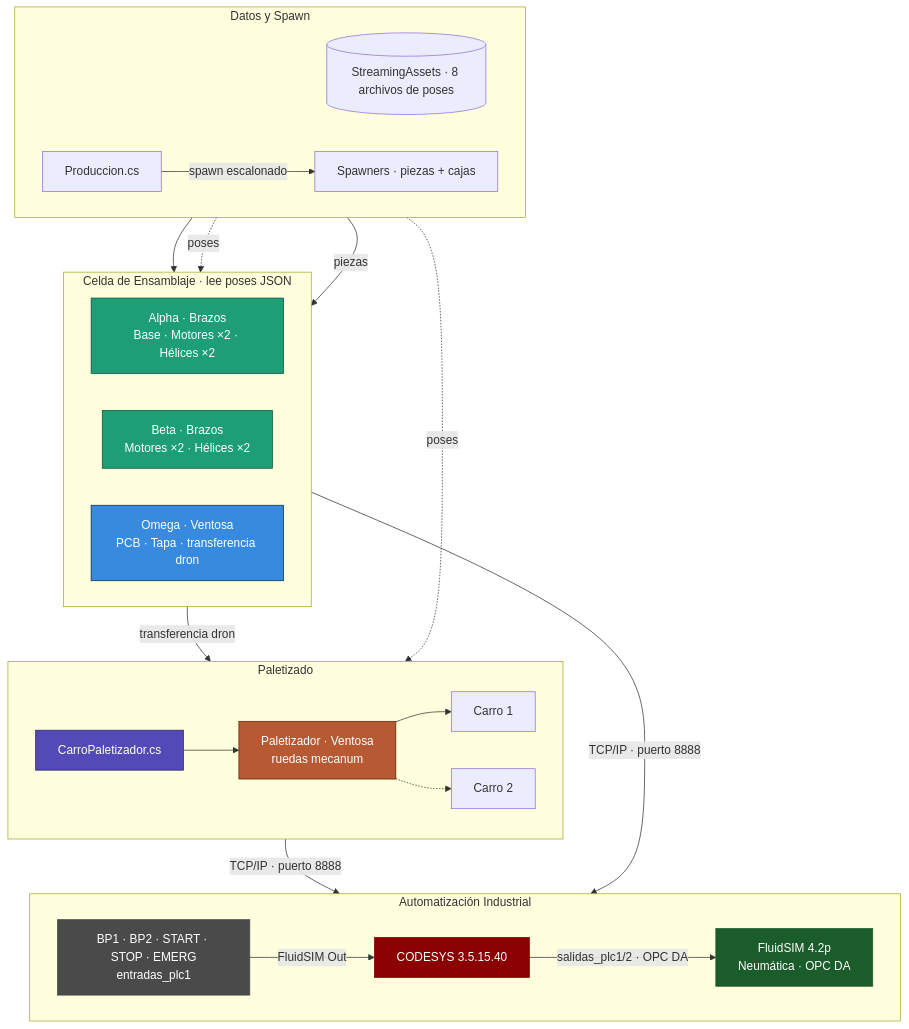
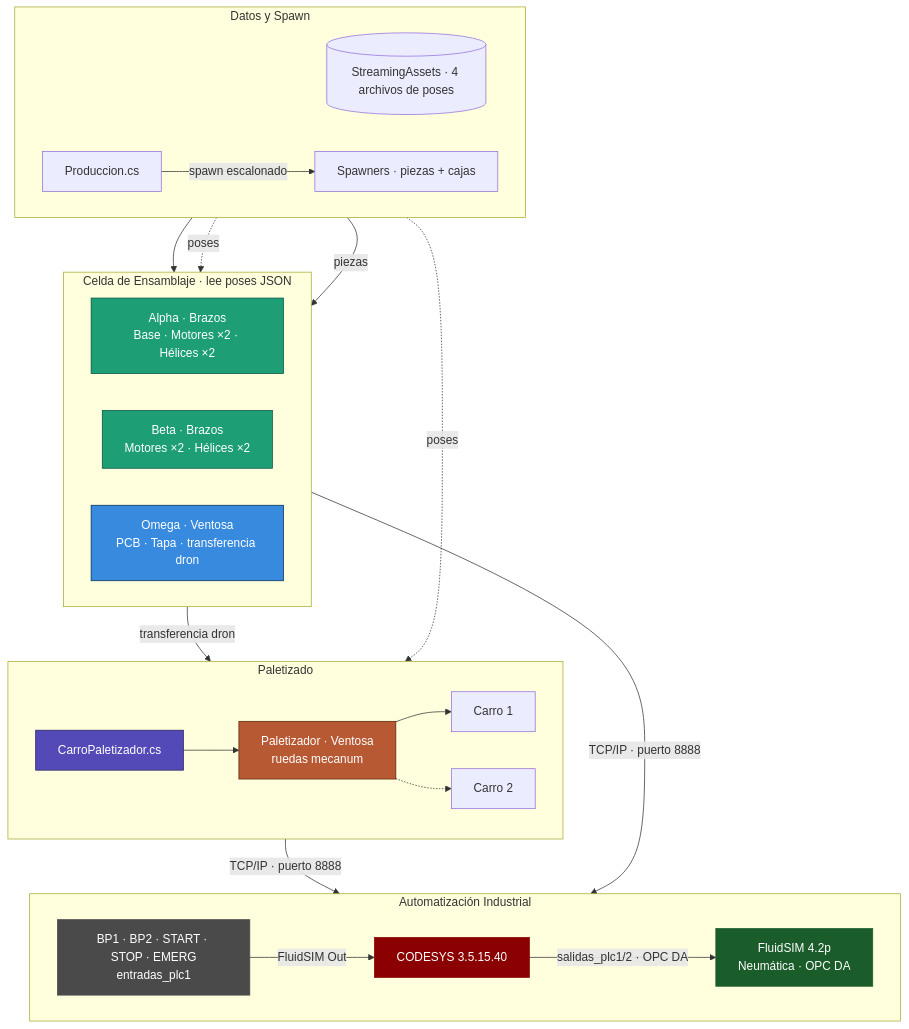
One commit to jorgefajardom-coder/drone-packaging-simulation-unity changed diagram 12 of 16 in README.md. Above: the diagram before and after it, drawn with Mermaid. The commit also changed other lines of this file, not shown here.

````diff
--- a/README.md
+++ b/README.md
@@ -1921,50 +1929,50 @@
 ```mermaid
 graph TB
     subgraph DATA["Datos y Spawn"]
         direction LR
-        JF[(StreamingAssets · 8 archivos de poses)]
+        JF[(StreamingAssets · 4 archivos de poses)]
         SP["Spawners · piezas + cajas"]
         P["Produccion.cs"] -->|spawn escalonado| SP
     end
 
     subgraph CELL["Celda de Ensamblaje  ·  lee poses JSON"]
         direction LR
         B1["Alpha · Brazos\nBase · Motores ×2 · Hélices ×2"]
         B2["Beta · Brazos\nMotores ×2 · Hélices ×2"]
         B3["Omega · Ventosa\nPCB · Tapa · transferencia dron"]
     end
 
     subgraph PAL["Paletizado"]
         direction LR
         CARRO["CarroPaletizador.cs"]
         B4["Paletizador · Ventosa\nruedas mecanum"]
         CARRO --> B4
         B4 --> C1["Carro 1"]
         B4 -.-> C2["Carro 2"]
     end
 
     subgraph AUTO["Automatización Industrial"]
         direction LR
         PLC["CODESYS 3.5.15.40"]
         OPC["FluidSIM 4.2p\nNeumática · OPC DA"]
         HW["BP1 · BP2 · START · STOP · EMERG\nentradas_plc1"]
         PLC -->|"salidas_plc1/2 · OPC DA"| OPC
         HW -->|"FluidSIM Out"| PLC
     end
 
     DATA --> CELL
     JF -. poses .-> CELL
     JF -. poses .-> PAL
     SP -->|piezas| CELL
     B3 -->|"transferencia dron"| B4
     B3 & B4 -->|"TCP/IP · puerto 8888"| PLC
 
     style B1   fill:#1D9E75,stroke:#085041,color:#fff
     style B2   fill:#1D9E75,stroke:#085041,color:#fff
     style B3   fill:#378ADD,stroke:#042C53,color:#fff
     style B4   fill:#B75A34,stroke:#5C2506,color:#fff
     style CARRO fill:#534AB7,stroke:#26215C,color:#fff
     style PLC  fill:#8b0000,color:#fff,stroke:#8b0000
     style OPC  fill:#1a5c2a,color:#fff,stroke:#1a5c2a
     style HW   fill:#4a4a4a,color:#fff,stroke:#4a4a4a
 ```
````
